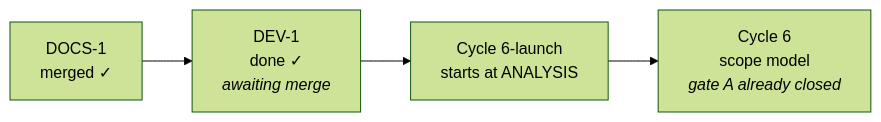
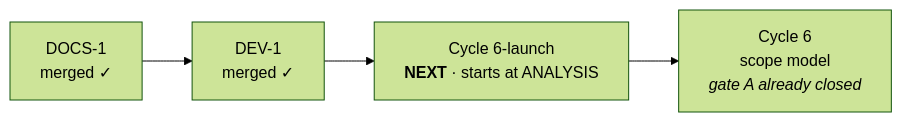
One commit to alergyonthestage/ytdl changed the diagram in docs/maintainers/handoff.md. Above: the diagram before and after it, drawn with Mermaid (forest theme). The commit also changed other lines of this file and 2 other files, not shown here.

````diff
--- a/docs/maintainers/handoff.md
+++ b/docs/maintainers/handoff.md
@@ -20,6 +20,6 @@
 ```mermaid
 flowchart LR
-  D["DOCS-1<br/>merged ✓"] --> V["DEV-1<br/>done ✓<br/><i>awaiting merge</i>"]
-  V --> L["Cycle 6-launch<br/>starts at ANALYSIS"]
+  D["DOCS-1<br/>merged ✓"] --> V["DEV-1<br/>merged ✓"]
+  V --> L["Cycle 6-launch<br/><b>NEXT</b> · starts at ANALYSIS"]
   L --> M["Cycle 6<br/>scope model<br/><i>gate A already closed</i>"]
 ```
````
